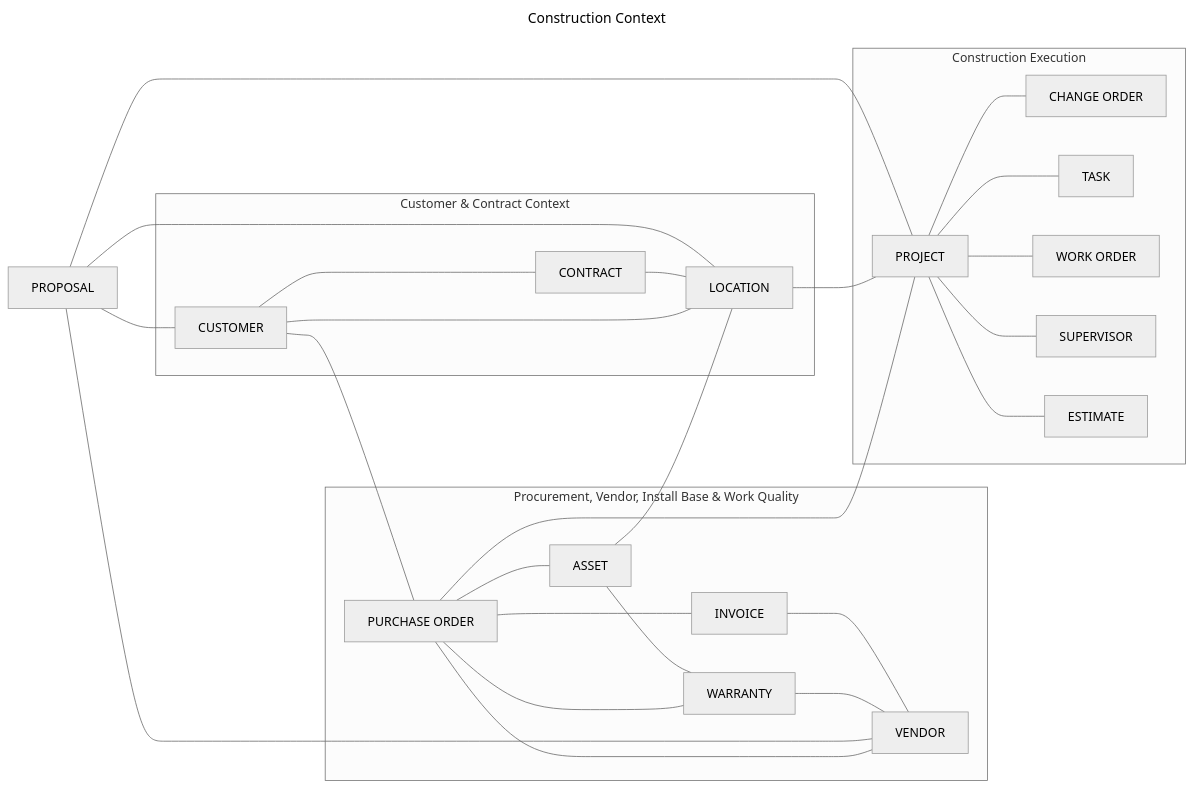
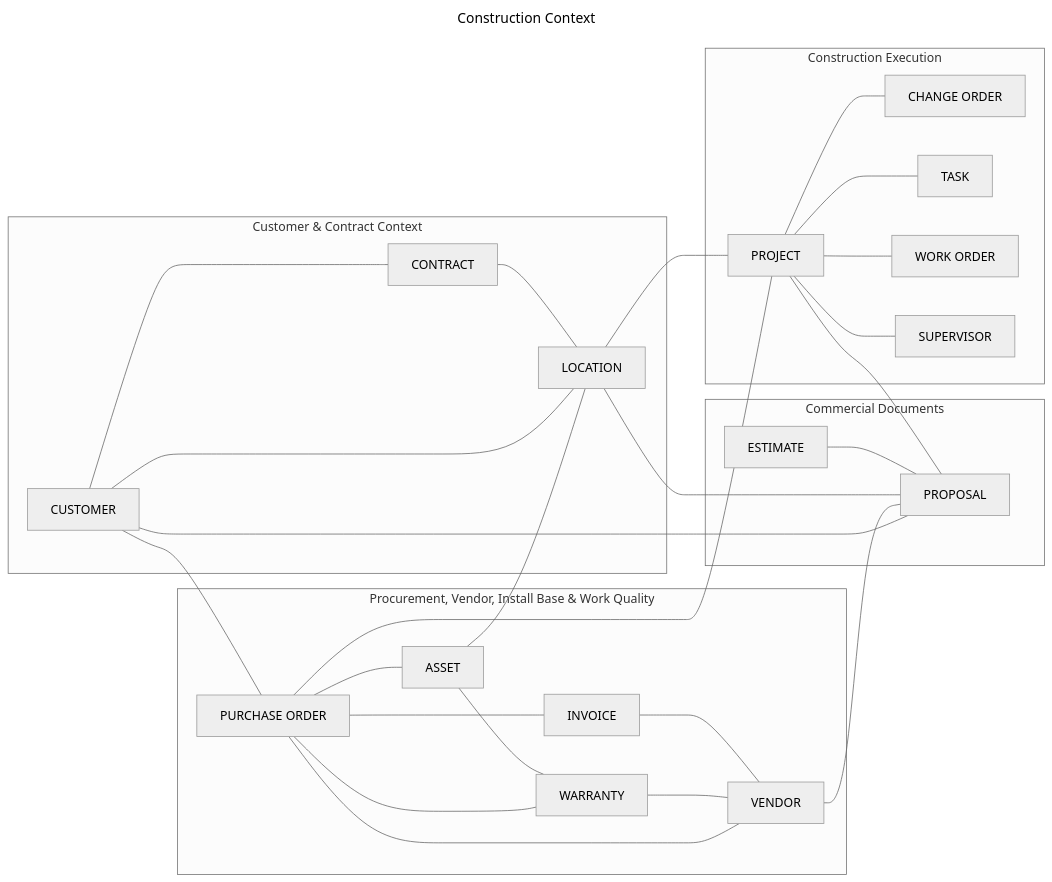
Before and after one commit to mcknz76/diagram-example: the diagram in construction-bounded-context.mmd, drawn with Mermaid (neutral theme).

Commit message:
updated construction

```diff
--- a/construction-bounded-context.mmd
+++ b/construction-bounded-context.mmd
@@ -1,74 +1,81 @@
 ---
 title: Construction Context
 ---
 
 flowchart LR
+
+%% -----------------------------
+%% Commercial Documents
+%% -----------------------------
+subgraph CommercialDocsCtx["Commercial&nbsp;Documents"]
+  ESTIMATE
+  PROPOSAL
+end
 
 %% -----------------------------
 %% Customer & Contract Context
 %% -----------------------------
 subgraph CustomerCtx["Customer & Contract Context"]
 
     CUSTOMER
     CONTRACT
     LOCATION
 end
 
 %% -----------------------------
 %% Procurement, Vendor, Install Base & Work Quality
 %% -----------------------------
 subgraph ProcurementCtx["Procurement, Vendor, Install Base & Work Quality"]
 
     PURCHASE_ORDER["PURCHASE ORDER"]
     INVOICE
     ASSET
     WARRANTY
     VENDOR
 end
 
 %% -----------------------------
 %% Construction Execution
 %% -----------------------------
 subgraph ExecCtx["Construction Execution"]
 
     PROJECT
     CHANGE_ORDER["CHANGE ORDER"]
     TASK
     WORK_ORDER["WORK ORDER"]
     SUPERVISOR
-    ESTIMATE
 end
 
 %% -----------------------------
 %% Relationships
 %% -----------------------------
 CUSTOMER --- CONTRACT
 CUSTOMER --- LOCATION
 CUSTOMER --- PURCHASE_ORDER
 CONTRACT --- LOCATION
 
 PURCHASE_ORDER --- INVOICE
 PURCHASE_ORDER --- ASSET
 PURCHASE_ORDER --- VENDOR
 PURCHASE_ORDER --- WARRANTY
 
 ASSET --- WARRANTY
 
 LOCATION --- PROJECT
 PURCHASE_ORDER --- PROJECT
-PROPOSAL --- PROJECT
 
 PROJECT --- CHANGE_ORDER
 PROJECT --- TASK
 PROJECT --- WORK_ORDER
 PROJECT --- SUPERVISOR
-PROJECT --- ESTIMATE
-
-PROPOSAL --- CUSTOMER
-PROPOSAL --- LOCATION
-PROPOSAL --- VENDOR
 
 WARRANTY --- VENDOR
 INVOICE --- VENDOR
 
 ASSET --- LOCATION
+
+CUSTOMER --- PROPOSAL
+VENDOR --- PROPOSAL
+PROJECT --- PROPOSAL
+LOCATION --- PROPOSAL
+ESTIMATE --- PROPOSAL
```
